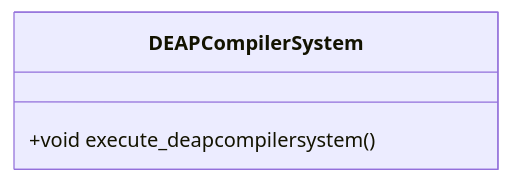
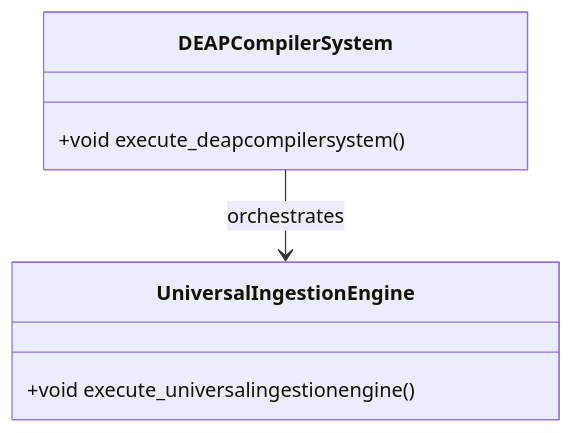
Before and after one commit to gintatkinson/dumpiler-01: the diagram in docs/features/FEAT-05-DEAPCompilerSystem.md, drawn with Mermaid. The commit also changed other lines of this file and 90 other files, not shown here.

````diff
--- a/docs/features/FEAT-05-DEAPCompilerSystem.md
+++ b/docs/features/FEAT-05-DEAPCompilerSystem.md
@@ -25,6 +25,10 @@
 ```mermaid
 classDiagram
     class DEAPCompilerSystem {
         +void execute_deapcompilersystem()
     }
+    class UniversalIngestionEngine {
+        +void execute_universalingestionengine()
+    }
+    DEAPCompilerSystem --> UniversalIngestionEngine : orchestrates
 ```
````
